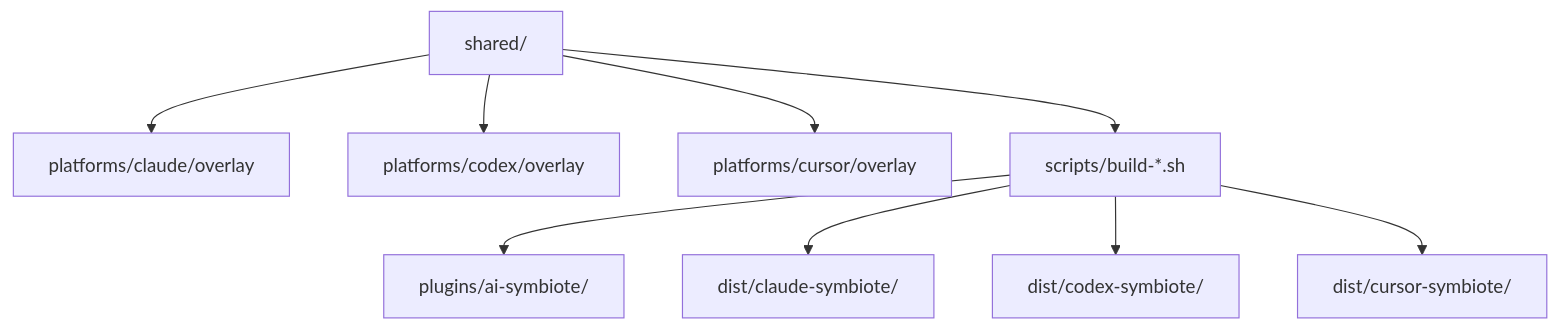
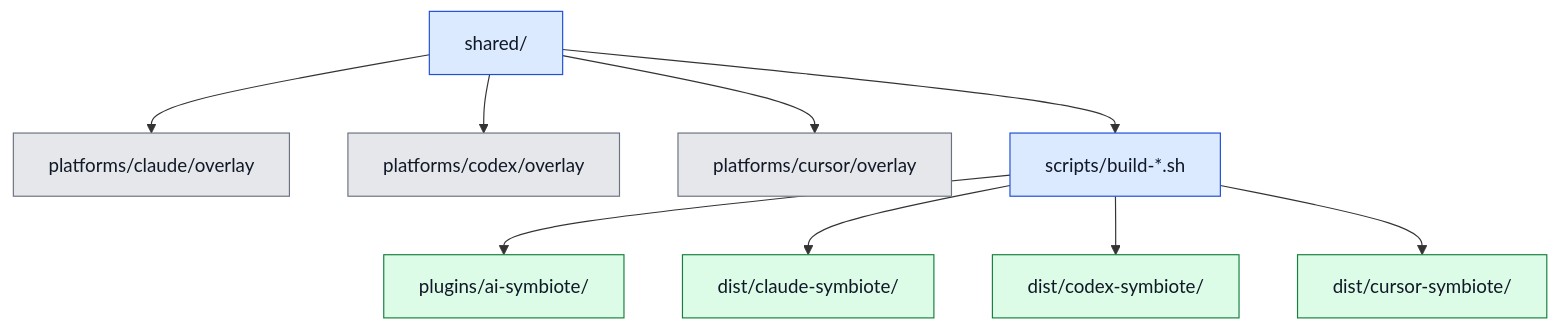
The first of 3 diagrams in docs/02-아키텍처.md (Jimmy-Jung/ai-symbiote), drawn with Mermaid before and after one commit. The commit also changed other lines of this file and 10 other files, not shown here.

Commit message:
docs(mermaid): 다이어그램 대비 색상 개선

````diff
--- a/docs/02-아키텍처.md
+++ b/docs/02-아키텍처.md
@@ -10,11 +10,21 @@
 ```mermaid
 flowchart TD
     A["shared/"] --> B["platforms/claude/overlay"]
     A --> C["platforms/codex/overlay"]
     A --> C2["platforms/cursor/overlay"]
     A --> D["scripts/build-*.sh"]
     D --> E["plugins/ai-symbiote/"]
     D --> F["dist/claude-symbiote/"]
     D --> G["dist/codex-symbiote/"]
     D --> H["dist/cursor-symbiote/"]
+
+    style A fill:#dbeafe,stroke:#1d4ed8,color:#111827
+    style B fill:#e5e7eb,stroke:#6b7280,color:#111827
+    style C fill:#e5e7eb,stroke:#6b7280,color:#111827
+    style C2 fill:#e5e7eb,stroke:#6b7280,color:#111827
+    style D fill:#dbeafe,stroke:#1d4ed8,color:#111827
+    style E fill:#dcfce7,stroke:#15803d,color:#111827
+    style F fill:#dcfce7,stroke:#15803d,color:#111827
+    style G fill:#dcfce7,stroke:#15803d,color:#111827
+    style H fill:#dcfce7,stroke:#15803d,color:#111827
 ```
````
